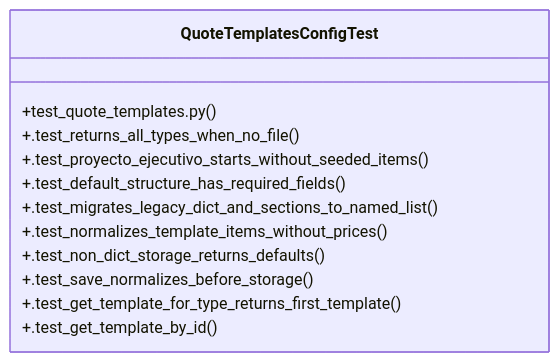
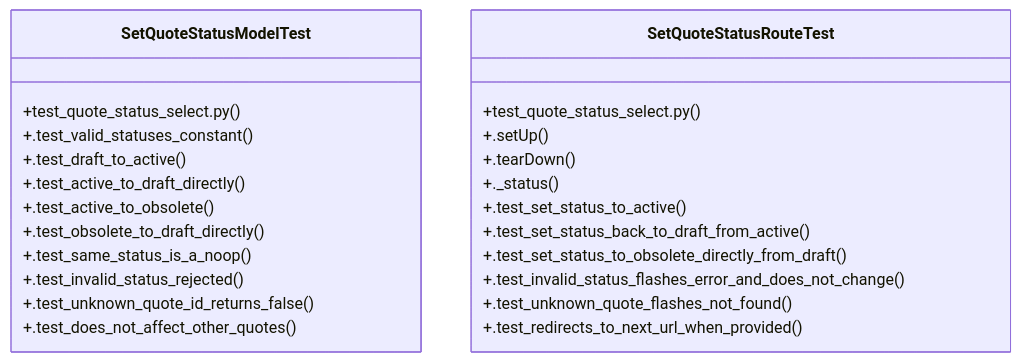
Before and after one commit to Daftrick/ProjectTracker: the diagram in graphify-out/wiki/Community_15.md, drawn with Mermaid. The commit also changed other lines of this file and 479 other files, not shown here.

````diff
--- a/graphify-out/wiki/Community_15.md
+++ b/graphify-out/wiki/Community_15.md
@@ -36,15 +36,27 @@
 ```mermaid
 classDiagram
-    class QuoteTemplatesConfigTest {
-        +test_quote_templates.py()
-        +.test_returns_all_types_when_no_file()
-        +.test_proyecto_ejecutivo_starts_without_seeded_items()
-        +.test_default_structure_has_required_fields()
-        +.test_migrates_legacy_dict_and_sections_to_named_list()
-        +.test_normalizes_template_items_without_prices()
-        +.test_non_dict_storage_returns_defaults()
-        +.test_save_normalizes_before_storage()
-        +.test_get_template_for_type_returns_first_template()
-        +.test_get_template_by_id()
+    class SetQuoteStatusModelTest {
+        +test_quote_status_select.py()
+        +.test_valid_statuses_constant()
+        +.test_draft_to_active()
+        +.test_active_to_draft_directly()
+        +.test_active_to_obsolete()
+        +.test_obsolete_to_draft_directly()
+        +.test_same_status_is_a_noop()
+        +.test_invalid_status_rejected()
+        +.test_unknown_quote_id_returns_false()
+        +.test_does_not_affect_other_quotes()
+    }
+    class SetQuoteStatusRouteTest {
+        +test_quote_status_select.py()
+        +.setUp()
+        +.tearDown()
+        +._status()
+        +.test_set_status_to_active()
+        +.test_set_status_back_to_draft_from_active()
+        +.test_set_status_to_obsolete_directly_from_draft()
+        +.test_invalid_status_flashes_error_and_does_not_change()
+        +.test_unknown_quote_flashes_not_found()
+        +.test_redirects_to_next_url_when_provided()
     }
 ```
````
